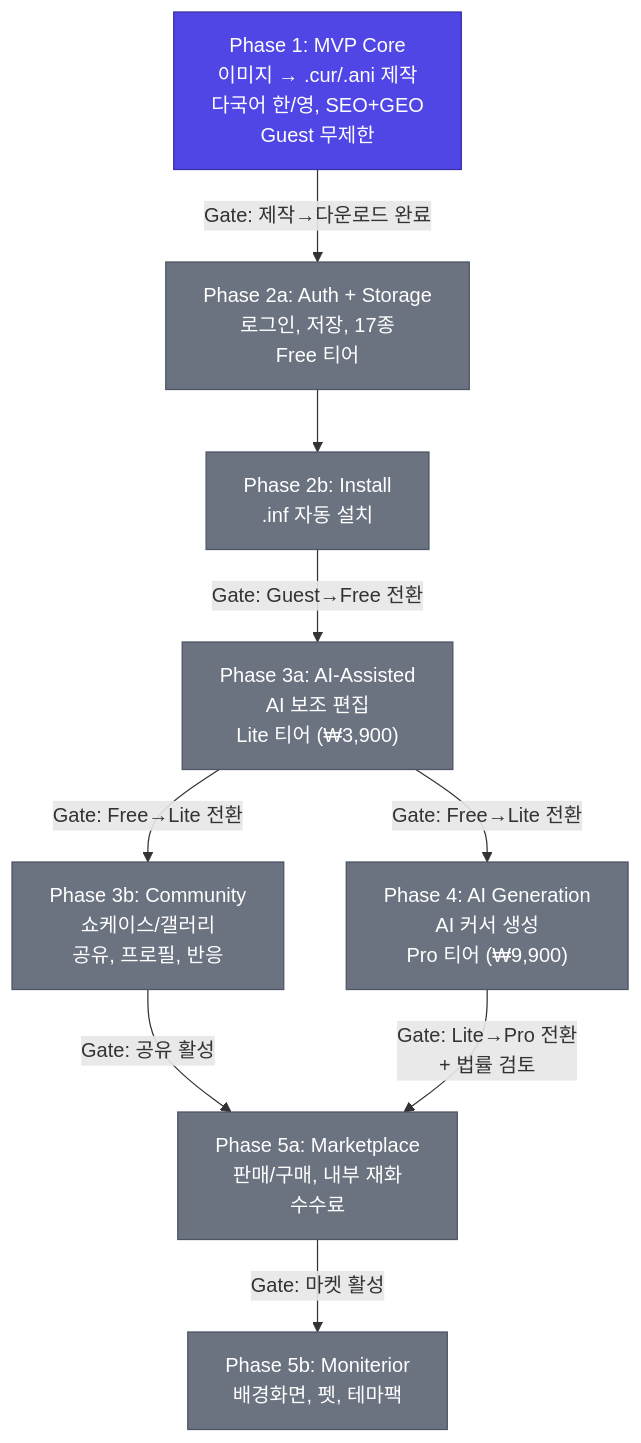
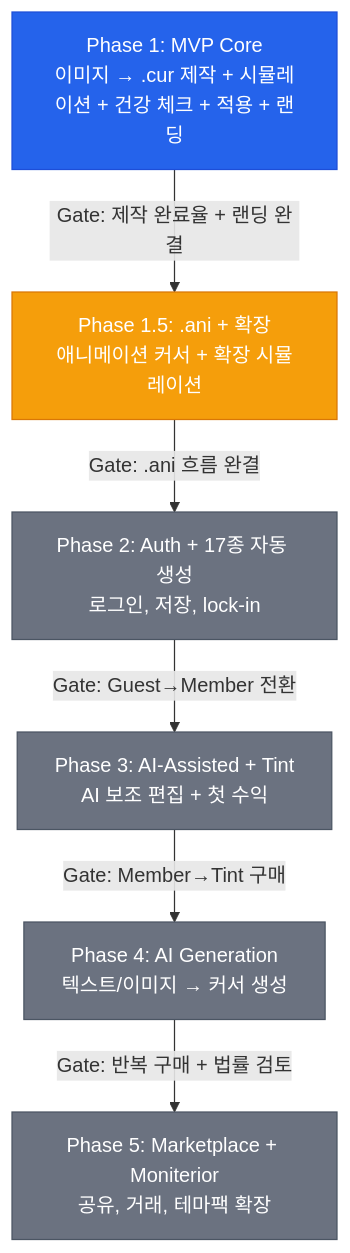
Before and after one commit to ming2tofu33/pointint: the diagram in point/06-Implementation/Phase-Flow.md, drawn with Mermaid. The commit also changed other lines of this file and 19 other files, not shown here.

````diff
--- a/point/06-Implementation/Phase-Flow.md
+++ b/point/06-Implementation/Phase-Flow.md
@@ -21,29 +36,22 @@
 ```mermaid
 graph TD
-    P1["Phase 1: MVP Core<br/>이미지 → .cur/.ani 제작<br/>다국어 한/영, SEO+GEO<br/>Guest 무제한"]
-    P2a["Phase 2a: Auth + Storage<br/>로그인, 저장, 17종<br/>Free 티어"]
-    P2b["Phase 2b: Install<br/>.inf 자동 설치"]
-    P3a["Phase 3a: AI-Assisted<br/>AI 보조 편집<br/>Lite 티어 (₩3,900)"]
-    P3b["Phase 3b: Community<br/>쇼케이스/갤러리<br/>공유, 프로필, 반응"]
-    P4["Phase 4: AI Generation<br/>AI 커서 생성<br/>Pro 티어 (₩9,900)"]
-    P5a["Phase 5a: Marketplace<br/>판매/구매, 내부 재화<br/>수수료"]
-    P5b["Phase 5b: Moniterior<br/>배경화면, 펫, 테마팩"]
+    P1["Phase 1: MVP Core<br/>이미지 → .cur 제작 + 시뮬레이션 + 건강 체크 + 적용 + 랜딩"]
+    P15["Phase 1.5: .ani + 확장<br/>애니메이션 커서 + 확장 시뮬레이션"]
+    P2["Phase 2: Auth + 17종 자동 생성<br/>로그인, 저장, lock-in"]
+    P3["Phase 3: AI-Assisted + Tint<br/>AI 보조 편집 + 첫 수익"]
+    P4["Phase 4: AI Generation<br/>텍스트/이미지 → 커서 생성"]
+    P5["Phase 5: Marketplace + Moniterior<br/>공유, 거래, 테마팩 확장"]
 
-    P1 -->|"Gate: 제작→다운로드 완료"| P2a
-    P2a --> P2b
-    P2b -->|"Gate: Guest→Free 전환"| P3a
-    P3a -->|"Gate: Free→Lite 전환"| P3b
-    P3a -->|"Gate: Free→Lite 전환"| P4
-    P3b -->|"Gate: 공유 활성"| P5a
-    P4 -->|"Gate: Lite→Pro 전환<br/>+ 법률 검토"| P5a
-    P5a -->|"Gate: 마켓 활성"| P5b
+    P1 -->|"Gate: 제작 완료율 + 랜딩 완결"| P15
+    P15 -->|"Gate: .ani 흐름 완결"| P2
+    P2 -->|"Gate: Guest→Member 전환"| P3
+    P3 -->|"Gate: Member→Tint 구매"| P4
+    P4 -->|"Gate: 반복 구매 + 법률 검토"| P5
 
-    style P1 fill:#4f46e5,stroke:#3730a3,color:#fff
-    style P2a fill:#6b7280,stroke:#4b5563,color:#fff
-    style P2b fill:#6b7280,stroke:#4b5563,color:#fff
-    style P3a fill:#6b7280,stroke:#4b5563,color:#fff
-    style P3b fill:#6b7280,stroke:#4b5563,color:#fff
+    style P1 fill:#2563eb,stroke:#1d4ed8,color:#fff
+    style P15 fill:#f59e0b,stroke:#d97706,color:#fff
+    style P2 fill:#6b7280,stroke:#4b5563,color:#fff
+    style P3 fill:#6b7280,stroke:#4b5563,color:#fff
     style P4 fill:#6b7280,stroke:#4b5563,color:#fff
-    style P5a fill:#6b7280,stroke:#4b5563,color:#fff
-    style P5b fill:#6b7280,stroke:#4b5563,color:#fff
+    style P5 fill:#6b7280,stroke:#4b5563,color:#fff
 ```
````
